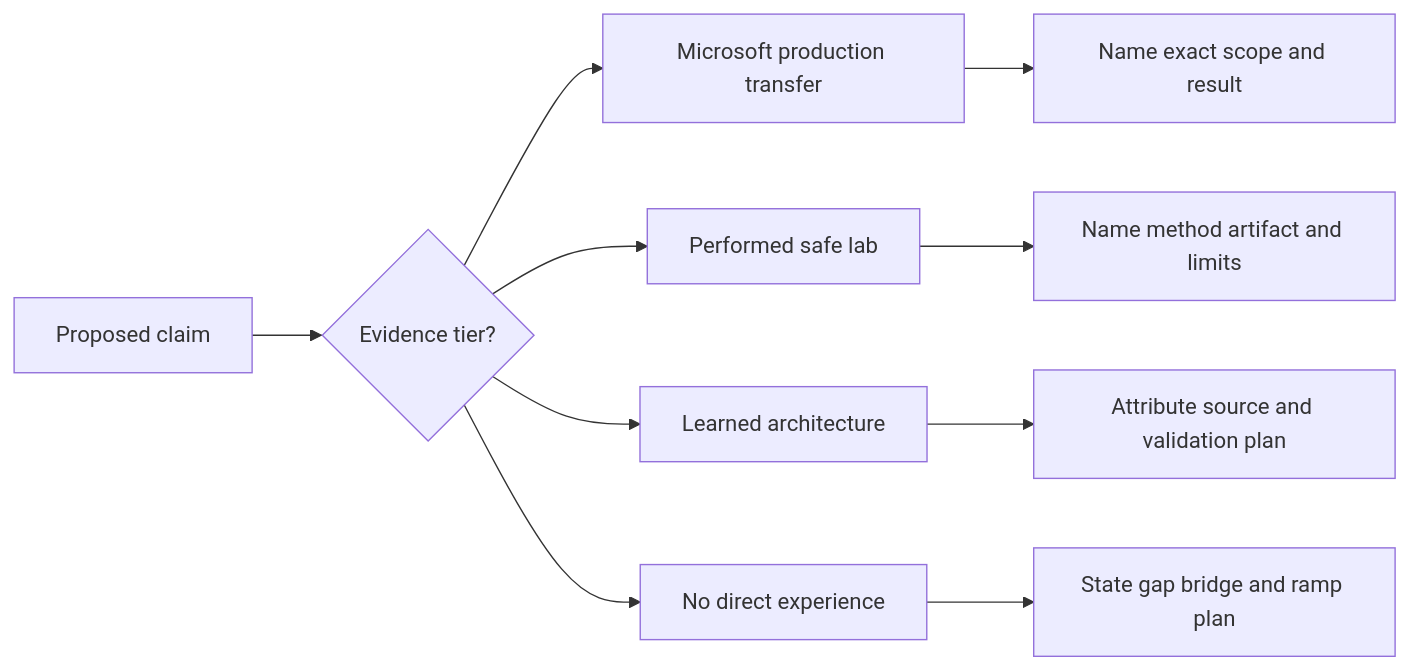
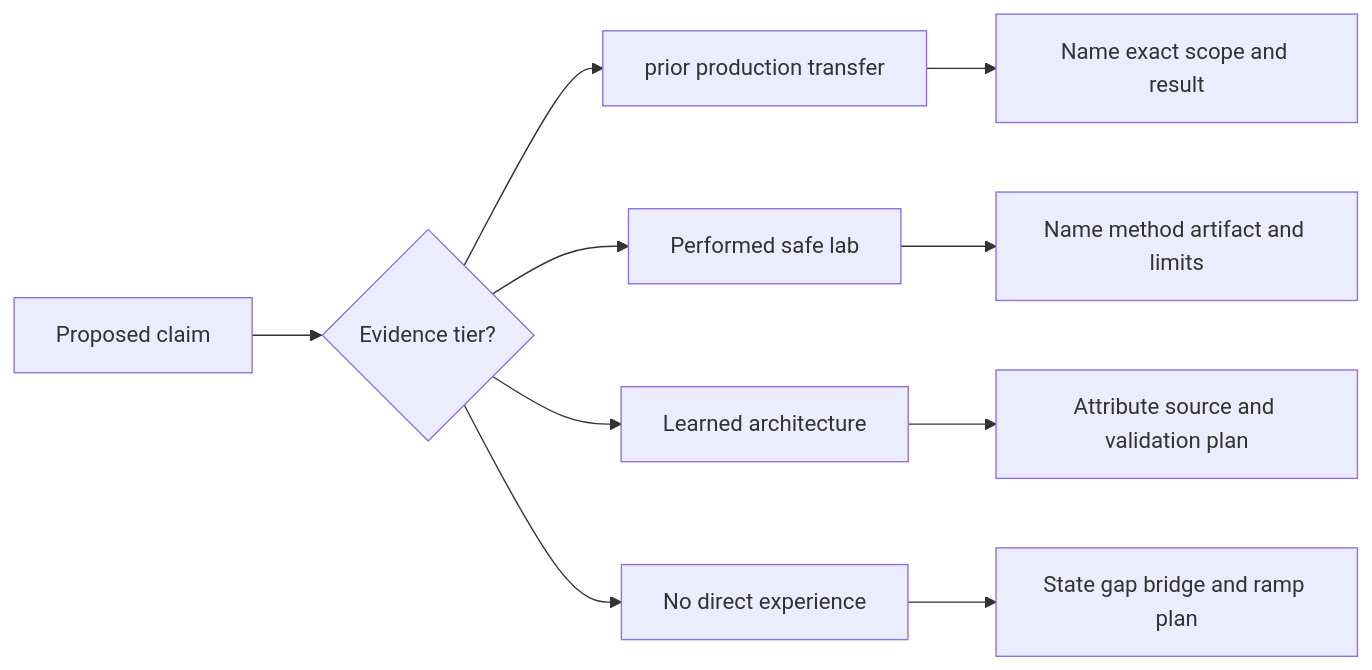
Before and after one commit to hichauhan-in/Interview-Prep: the third of 10 diagrams in AbnormalAI TSE/prep/Part-119-final-200-plus-question-bank-and-troubleshooting-drills.md, drawn with Mermaid. The commit also changed other lines of this file and 493 other files, not shown here.

````diff
--- a/AbnormalAI TSE/prep/Part-119-final-200-plus-question-bank-and-troubleshooting-drills.md
+++ b/AbnormalAI TSE/prep/Part-119-final-200-plus-question-bank-and-troubleshooting-drills.md
@@ -88,12 +88,12 @@
 ```mermaid
 flowchart LR
 	Claim["Proposed claim"] --> Tier{"Evidence tier?"}
-	Tier --> Production["Microsoft production transfer"]
+	Tier --> Production["prior production transfer"]
 	Tier --> Lab["Performed safe lab"]
 	Tier --> Learned["Learned architecture"]
 	Tier --> None["No direct experience"]
 	Production --> Bound["Name exact scope and result"]
 	Lab --> Bound2["Name method artifact and limits"]
 	Learned --> Bound3["Attribute source and validation plan"]
 	None --> Bound4["State gap bridge and ramp plan"]
 ```
````
